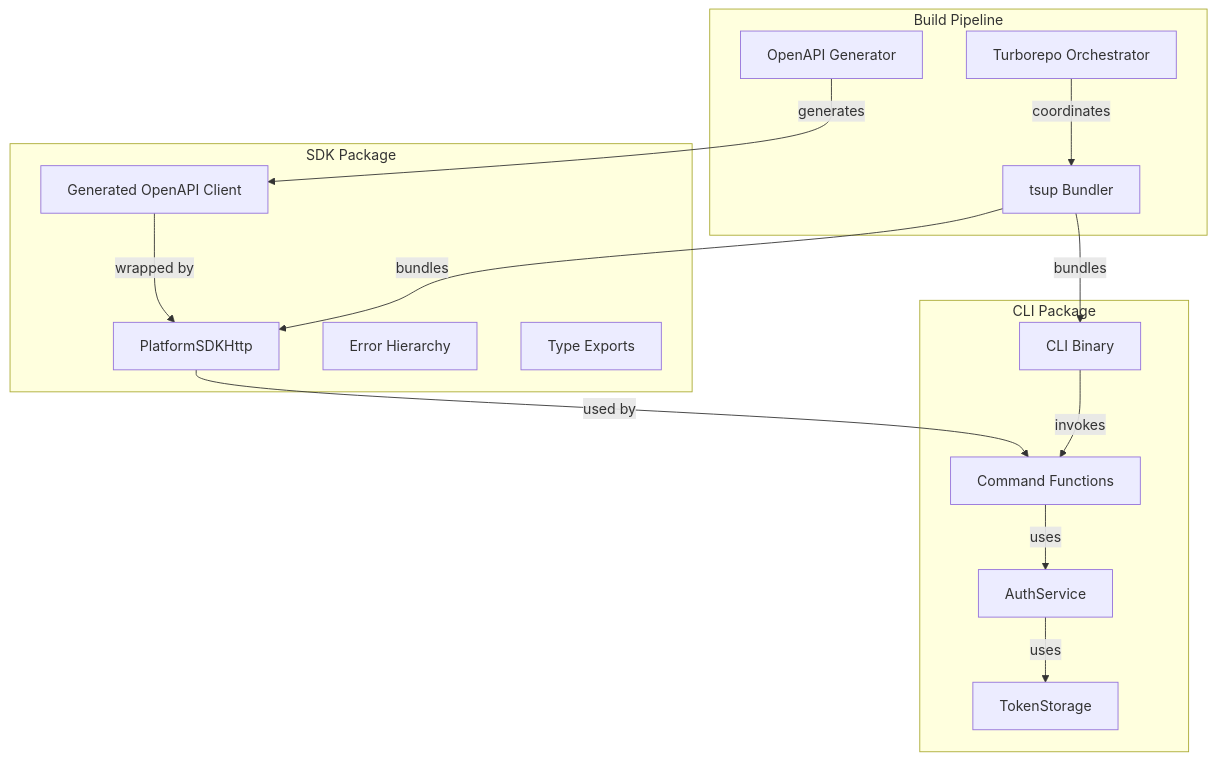
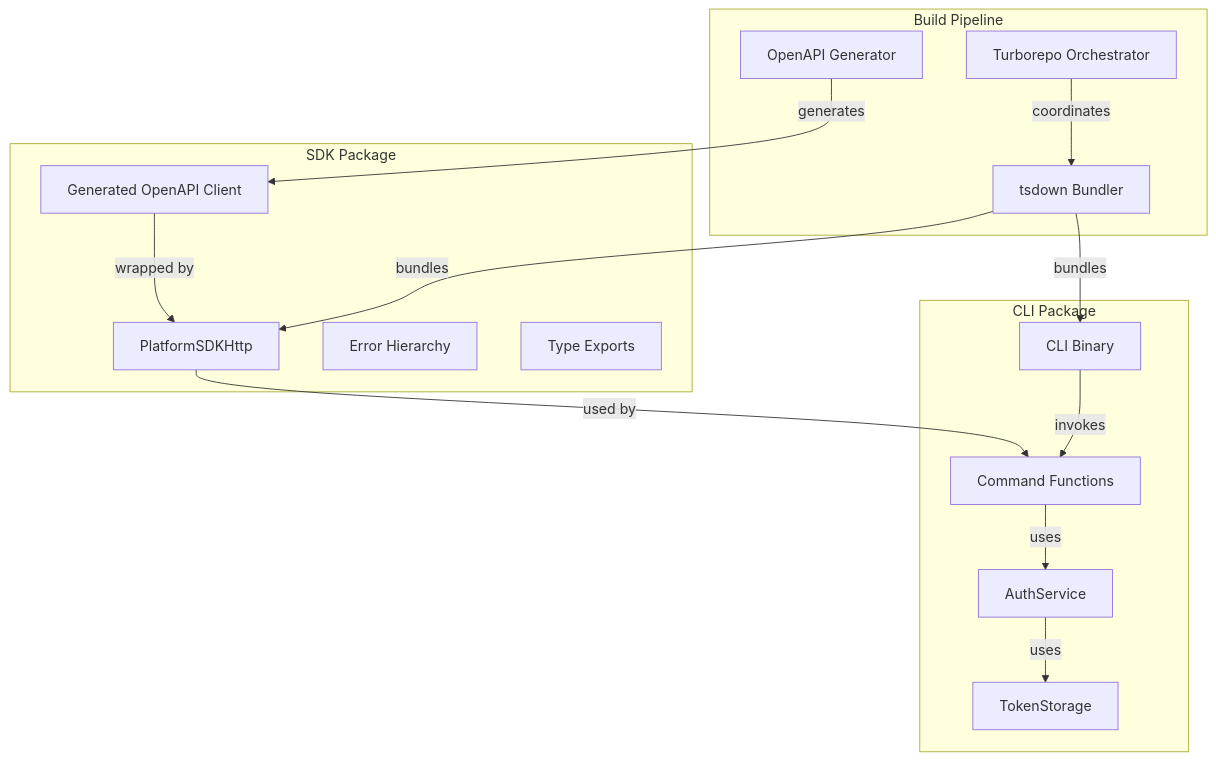
Before and after one commit to aignostics/typescript-sdk: the second of 15 diagrams in docs/SOFTWARE_ARCHITECTURE.md, drawn with Mermaid. The commit also changed other lines of this file and 14 other files, not shown here.

First line of the commit message:
chore(build): migrate sdk and cli build tooling from tsup to tsdown

````diff
--- a/docs/SOFTWARE_ARCHITECTURE.md
+++ b/docs/SOFTWARE_ARCHITECTURE.md
@@ -140,33 +140,33 @@
 ```mermaid
 graph TB
     subgraph "SDK Package"
         SDK_MAIN[PlatformSDKHttp]
         SDK_GEN[Generated OpenAPI Client]
         SDK_ERR[Error Hierarchy]
         SDK_TYPES[Type Exports]
     end
     
     subgraph "CLI Package"
         CLI_BIN[CLI Binary]
         CLI_CMDS[Command Functions]
         CLI_AUTH[AuthService]
         CLI_STORAGE[TokenStorage]
     end
     
     subgraph "Build Pipeline"
         CODEGEN[OpenAPI Generator]
-        TSUP[tsup Bundler]
+        TSDOWN[tsdown Bundler]
         TURBO[Turborepo Orchestrator]
     end
     
     CODEGEN -->|generates| SDK_GEN
     SDK_GEN -->|wrapped by| SDK_MAIN
     SDK_MAIN -->|used by| CLI_CMDS
     CLI_AUTH -->|uses| CLI_STORAGE
     CLI_CMDS -->|uses| CLI_AUTH
     CLI_BIN -->|invokes| CLI_CMDS
     
-    TURBO -->|coordinates| TSUP
-    TSUP -->|bundles| SDK_MAIN
-    TSUP -->|bundles| CLI_BIN
+    TURBO -->|coordinates| TSDOWN
+    TSDOWN -->|bundles| SDK_MAIN
+    TSDOWN -->|bundles| CLI_BIN
 ```
````
